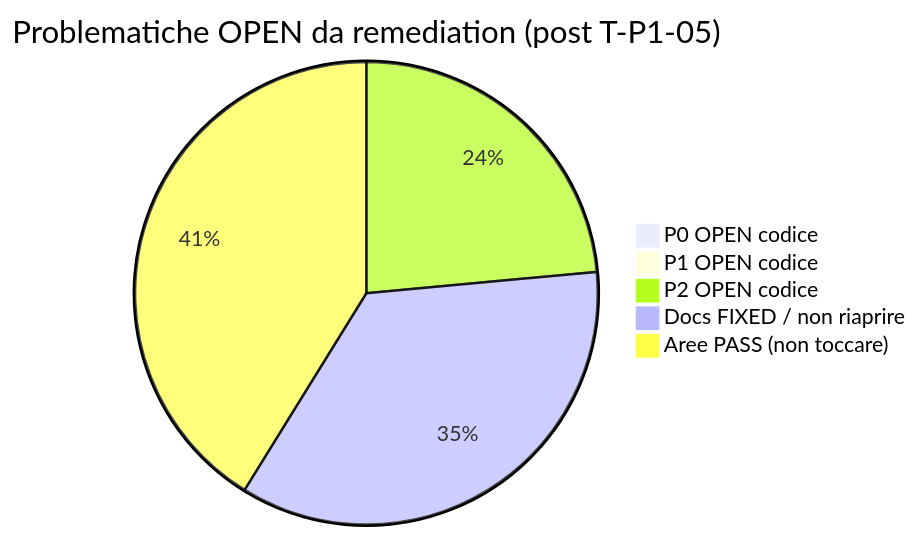
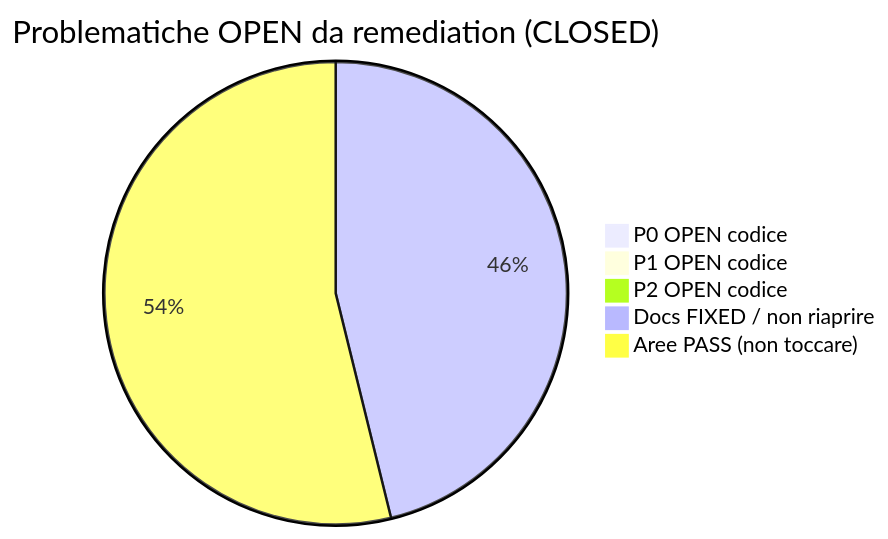
Before and after one commit to JiraaG/Intelligence-Dashboard: the second of 2 diagrams in plan-audit/audit_problemi_documentazione.md, drawn with Mermaid. The commit also changed other lines of this file and 18 other files, not shown here.

````diff
--- a/plan-audit/audit_problemi_documentazione.md
+++ b/plan-audit/audit_problemi_documentazione.md
@@ -144,8 +144,8 @@
 ```mermaid
-pie title Problematiche OPEN da remediation (post T-P1-05)
+pie title Problematiche OPEN da remediation (CLOSED)
     "P0 OPEN codice" : 0
     "P1 OPEN codice" : 0
-    "P2 OPEN codice" : 8
+    "P2 OPEN codice" : 0
     "Docs FIXED / non riaprire" : 12
     "Aree PASS (non toccare)" : 14
 ```
````
